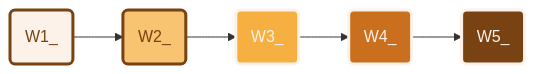
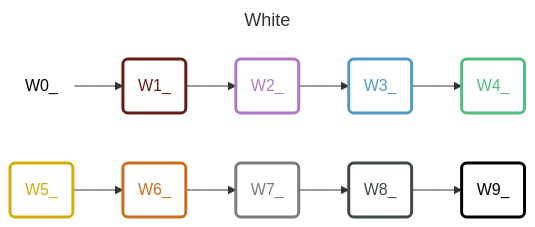
One commit to APrettyCoolProgram/aprettycoolprogram changed the seventh of 8 diagrams in profile/mermaid/mermaid-colors.md. Above: the diagram before and after it, drawn with Mermaid. The commit also changed other lines of this file, not shown here.

````diff
--- a/profile/mermaid/mermaid-colors.md
+++ b/profile/mermaid/mermaid-colors.md
@@ -269,17 +275,31 @@
 ```mermaid
+---
+title: White
+---
 flowchart LR
   %% Components
+  W0@{shape: rounded, label: "W0_"}
   W1@{shape: rounded, label: "W1_"}
   W2@{shape: rounded, label: "W2_"}
   W3@{shape: rounded, label: "W3_"}
   W4@{shape: rounded, label: "W4_"}
   W5@{shape: rounded, label: "W5_"}
+  W6@{shape: rounded, label: "W6_"}
+  W7@{shape: rounded, label: "W7_"}
+  W8@{shape: rounded, label: "W8_"}
+  W9@{shape: rounded, label: "W9_"}
   %% Layout
-  W1:::W1_ --> W2:::W2_ --> W3:::W3_ --> W4:::W4_ --> W5:::W5_ 
+  W0:::W0_ --> W1:::W1_ --> W2:::W2_ --> W3:::W3_ --> W4:::W4_
+  W5:::W5_ --> W6:::W6_ --> W7:::W7_ --> W8:::W8_ --> W9:::W9_
   %% Styles
-  classDef W1_ stroke:#784212,stroke-width:3px,fill:#fdf2e9,color:#784212
-  classDef W2_ stroke:#784212,stroke-width:3px,fill:#f8c471,color:#784212  
-  classDef W3_ stroke:#fdf2e9,stroke-width:3px,fill:#f5b041,color:#fdf2e9
-  classDef W4_ stroke:#fdf2e9,stroke-width:3px,fill:#ca6f1e,color:#fdf2e9
-  classDef W5_ stroke:#fdf2e9,stroke-width:3px,fill:#784212,color:#fdf2e9
+  classDef W0_ stroke:#FFFFFF,stroke-width:3px,fill:#FFFFFF,color:#000000
+  classDef W1_ stroke:#641e16,stroke-width:3px,fill:#FFFFFF,color:#641e16
+  classDef W2_ stroke:#af7ac5,stroke-width:3px,fill:#FFFFFF,color:#af7ac5
+  classDef W3_ stroke:#5499c7,stroke-width:3px,fill:#FFFFFF,color:#5499c7
+  classDef W4_ stroke:#52be80,stroke-width:3px,fill:#FFFFFF,color:#52be80
+  classDef W5_ stroke:#d4ac0d,stroke-width:3px,fill:#FFFFFF,color:#d4ac0d
+  classDef W6_ stroke:#ca6f1e,stroke-width:3px,fill:#FFFFFF,color:#ca6f1e 
+  classDef W7_ stroke:#7b7d7d,stroke-width:3px,fill:#FFFFFF,color:#7b7d7d
+  classDef W8_ stroke:#424949,stroke-width:3px,fill:#FFFFFF,color:#424949
+  classDef W9_ stroke:#000000,stroke-width:3px,fill:#FFFFFF,color:#000000
 ```
````
